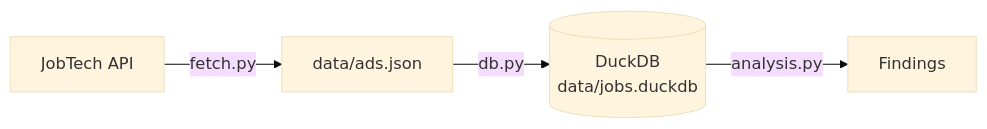
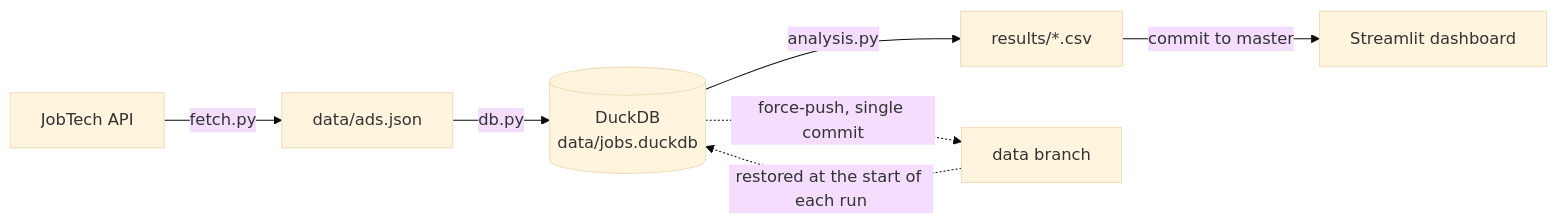
The diagram in README.md (Daggerabuse/sweden-jobs), drawn with Mermaid (base theme) before and after one commit. The commit also changed other lines of this file and 1 other file, not shown here.

````diff
--- a/README.md
+++ b/README.md
@@ -41,6 +41,9 @@
 ```mermaid
 flowchart LR
     A[JobTech API] -->|fetch.py| B[data/ads.json]
     B -->|db.py| C[(DuckDB<br/>data/jobs.duckdb)]
-    C -->|analysis.py| D[Findings]
+    C -->|analysis.py| D[results/*.csv]
+    D -->|commit to master| E[Streamlit dashboard]
+    C -.->|force-push, single commit| F[data branch]
+    F -.->|restored at the start of each run| C
 ```
````
